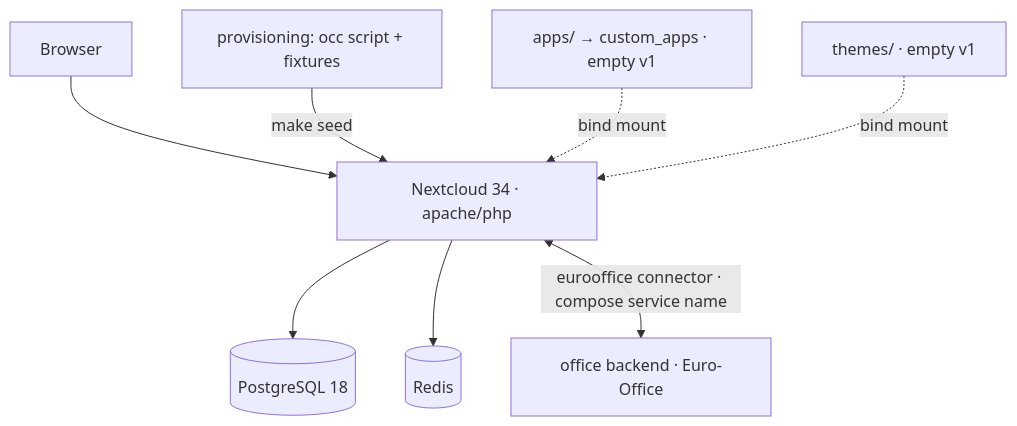
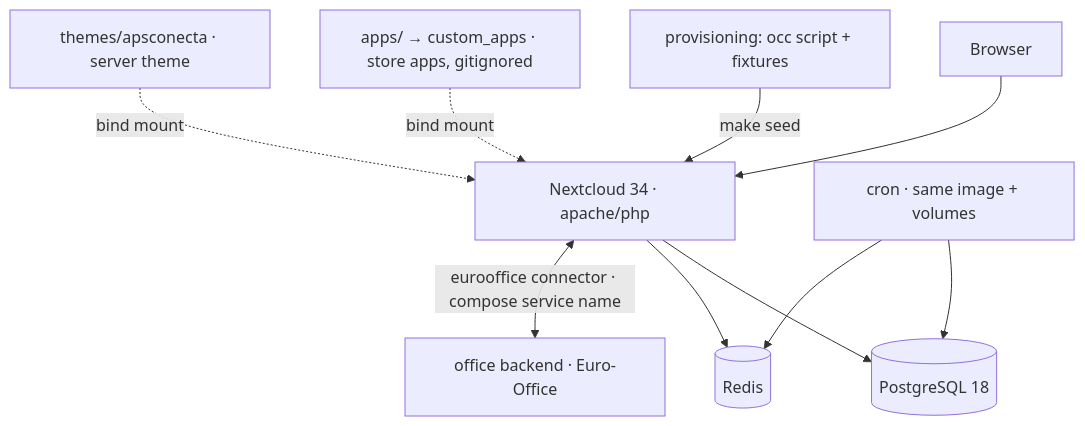
One commit to APS-Conecta/gestion changed the first of 2 diagrams in docs/ARCHITECTURE.md. Above: the diagram before and after it, drawn with Mermaid. The commit also changed other lines of this file and 17 other files, not shown here.

````diff
--- a/docs/ARCHITECTURE.md
+++ b/docs/ARCHITECTURE.md
@@ -49,10 +51,12 @@
 ```mermaid
 graph TD
   B[Browser] --> NC[Nextcloud 34 · apache/php]
   NC --> PG[(PostgreSQL 18)]
   NC --> R[(Redis)]
+  CR[cron · same image + volumes] --> PG
+  CR --> R
   NC <-->|eurooffice connector · compose service name| C[office backend · Euro-Office]
   PROV[provisioning: occ script + fixtures] -->|make seed| NC
-  A[apps/ → custom_apps · empty v1] -.bind mount.-> NC
-  T[themes/ · empty v1] -.bind mount.-> NC
+  A[apps/ → custom_apps · store apps, gitignored] -.bind mount.-> NC
+  T[themes/apsconecta · server theme] -.bind mount.-> NC
 ```
````
